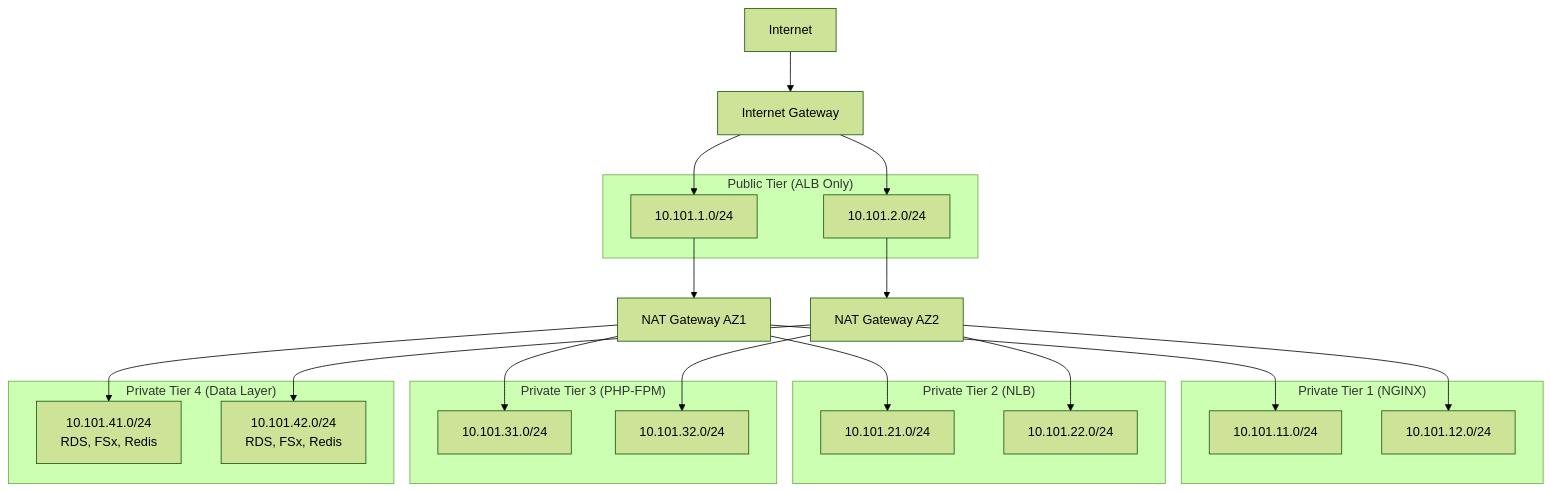
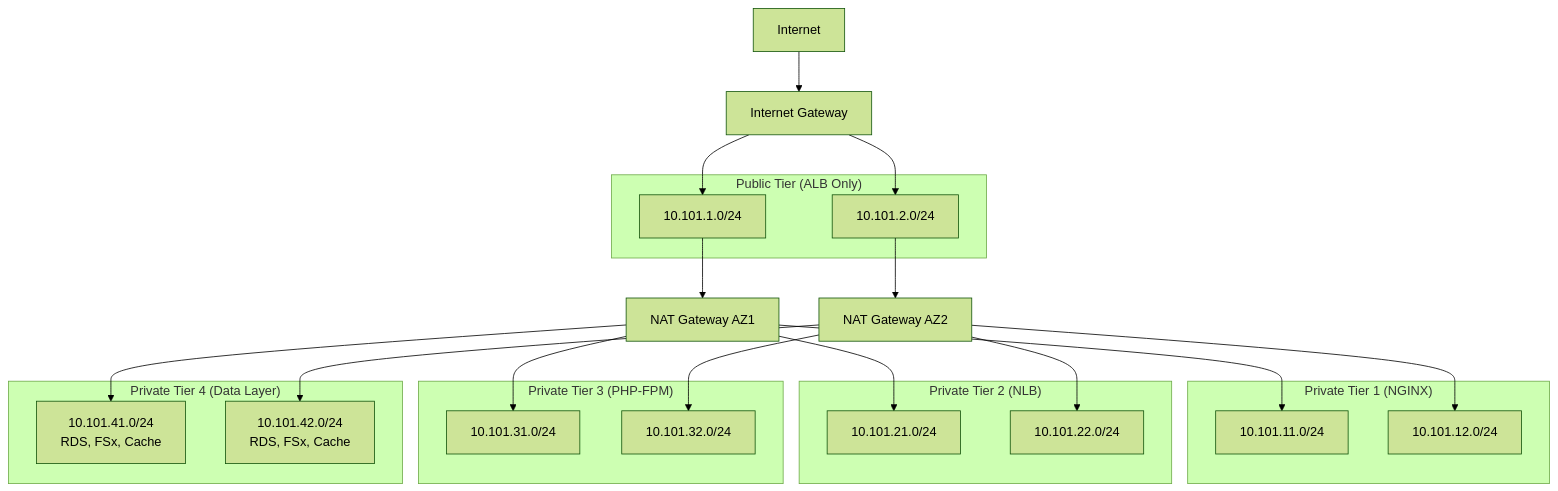
One commit to worx/cf-scalable-web changed the first of 16 diagrams in docs/ARCHITECTURE.md. Above: the diagram before and after it, drawn with Mermaid (forest theme). The commit also changed other lines of this file and 13 other files, not shown here.

````diff
--- a/docs/ARCHITECTURE.md
+++ b/docs/ARCHITECTURE.md
@@ -13,46 +13,46 @@
 ```mermaid
 graph TB
     Internet[Internet]
     IGW[Internet Gateway]
     NAT1[NAT Gateway AZ1]
     NAT2[NAT Gateway AZ2]
 
     subgraph "Public Tier (ALB Only)"
         PublicSubnet1[10.101.1.0/24]
         PublicSubnet2[10.101.2.0/24]
     end
 
     subgraph "Private Tier 1 (NGINX)"
         NginxSubnet1[10.101.11.0/24]
         NginxSubnet2[10.101.12.0/24]
     end
 
     subgraph "Private Tier 2 (NLB)"
         NLBSubnet1[10.101.21.0/24]
         NLBSubnet2[10.101.22.0/24]
     end
 
     subgraph "Private Tier 3 (PHP-FPM)"
         PHPSubnet1[10.101.31.0/24]
         PHPSubnet2[10.101.32.0/24]
     end
 
     subgraph "Private Tier 4 (Data Layer)"
-        DataSubnet1[10.101.41.0/24<br/>RDS, FSx, Redis]
-        DataSubnet2[10.101.42.0/24<br/>RDS, FSx, Redis]
+        DataSubnet1[10.101.41.0/24<br/>RDS, FSx, Cache]
+        DataSubnet2[10.101.42.0/24<br/>RDS, FSx, Cache]
     end
 
     Internet --> IGW
     IGW --> PublicSubnet1
     IGW --> PublicSubnet2
     PublicSubnet1 --> NAT1
     PublicSubnet2 --> NAT2
     NAT1 --> NginxSubnet1
     NAT2 --> NginxSubnet2
     NAT1 --> NLBSubnet1
     NAT2 --> NLBSubnet2
     NAT1 --> PHPSubnet1
     NAT2 --> PHPSubnet2
     NAT1 --> DataSubnet1
     NAT2 --> DataSubnet2
 ```
````
